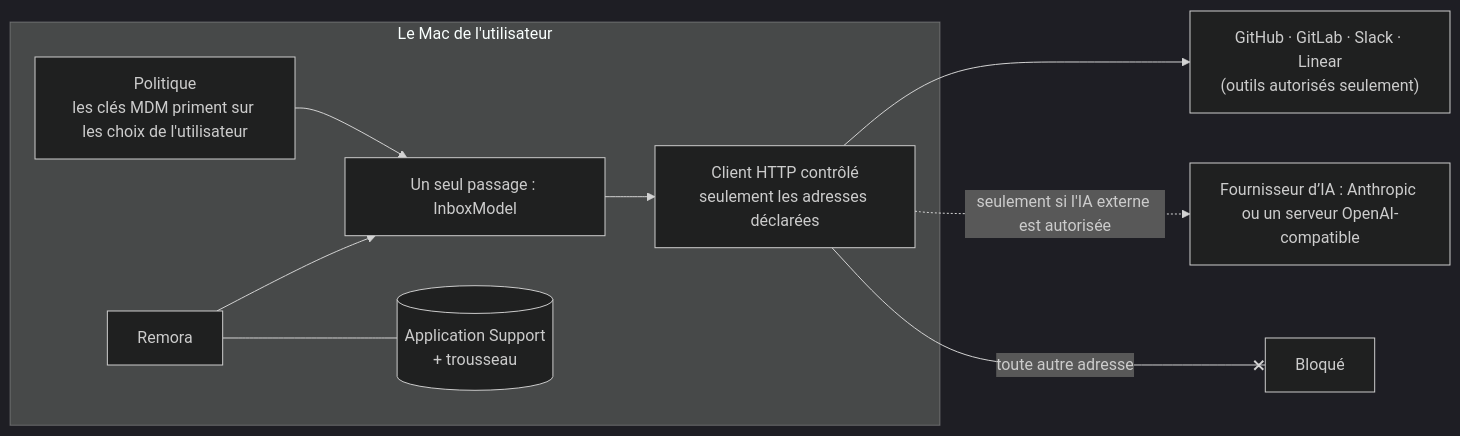
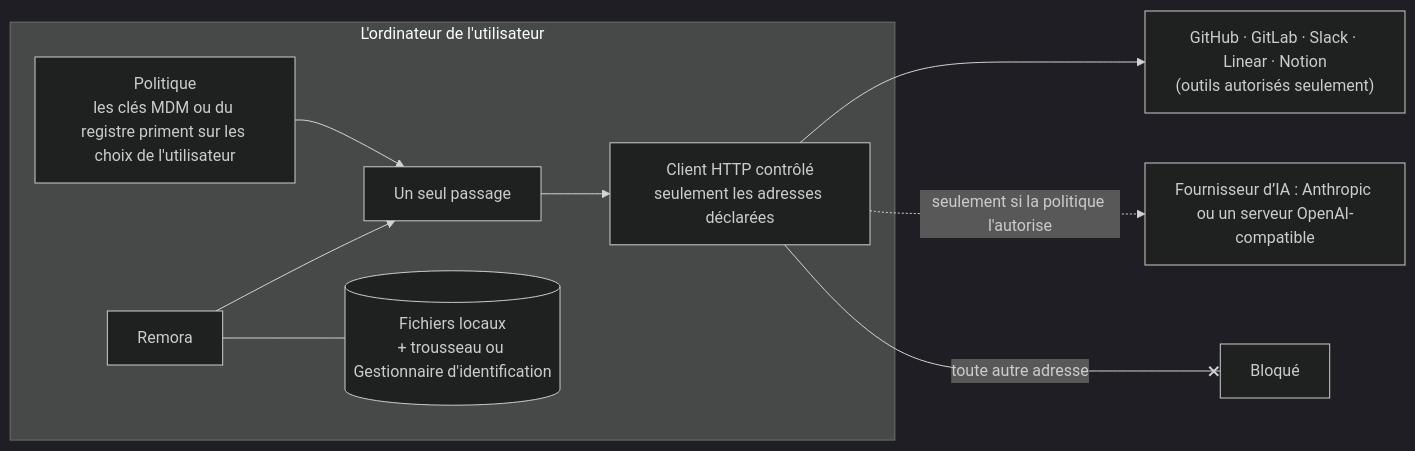
The diagram in docs/fr/admin/index.md (iGitScor/triage), drawn with Mermaid (dark theme) before and after one commit. The commit also changed other lines of this file and 51 other files, not shown here.

````diff
--- a/docs/fr/admin/index.md
+++ b/docs/fr/admin/index.md
@@ -27,13 +27,13 @@
 ```mermaid
 flowchart LR
-  subgraph Mac["Le Mac de l'utilisateur"]
-    UI["Remora"] --> Gate["Un seul passage : InboxModel"]
-    Policy["Politique<br/>les clés MDM priment sur les choix de l'utilisateur"] --> Gate
+  subgraph Computer["L'ordinateur de l'utilisateur"]
+    UI["Remora"] --> Gate["Un seul passage"]
+    Policy["Politique<br/>les clés MDM ou du registre priment sur les choix de l'utilisateur"] --> Gate
     Gate --> Client["Client HTTP contrôlé<br/>seulement les adresses déclarées"]
-    Store[("Application Support<br/>+ trousseau")]
+    Store[("Fichiers locaux<br/>+ trousseau ou Gestionnaire d'identification")]
     UI --- Store
   end
-  Client --> Tools["GitHub · GitLab · Slack · Linear<br/>(outils autorisés seulement)"]
-  Client -. "seulement si l'IA externe est autorisée" .-> Claude["Fournisseur d’IA : Anthropic ou un serveur OpenAI-compatible"]
+  Client --> Tools["GitHub · GitLab · Slack · Linear · Notion<br/>(outils autorisés seulement)"]
+  Client -. "seulement si la politique l'autorise" .-> Claude["Fournisseur d’IA : Anthropic ou un serveur OpenAI-compatible"]
   Client -- "toute autre adresse" --x Blocked["Bloqué"]
 ```
````
